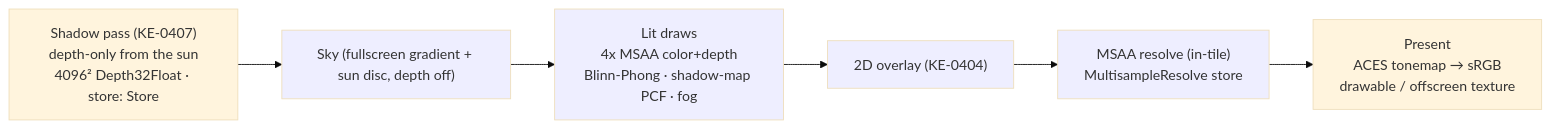
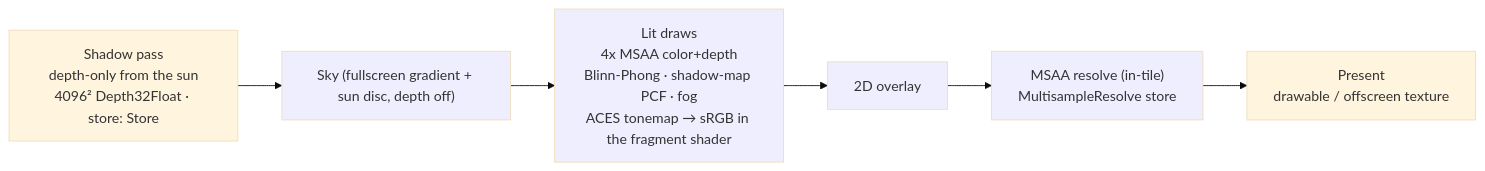
The tenth of 10 diagrams in docs/DESIGN.md (parsabee/KamanEngine), drawn with Mermaid (base theme) before and after one commit. The commit also changed other lines of this file and 14 other files, not shown here.

````diff
--- a/docs/DESIGN.md
+++ b/docs/DESIGN.md
@@ -372,11 +372,11 @@
 ```mermaid
 graph LR
-    S["Shadow pass (KE-0407)<br/>depth-only from the sun<br/>4096² Depth32Float · store: Store"] --> A
+    S["Shadow pass<br/>depth-only from the sun<br/>4096² Depth32Float · store: Store"] --> A
     A["Sky (fullscreen gradient + sun disc, depth off)"] --> B
-    B["Lit draws<br/>4x MSAA color+depth<br/>Blinn-Phong · shadow-map PCF · fog"] --> O
-    O["2D overlay (KE-0404)"] --> C
+    B["Lit draws<br/>4x MSAA color+depth<br/>Blinn-Phong · shadow-map PCF · fog<br/>ACES tonemap → sRGB in the fragment shader"] --> O
+    O["2D overlay"] --> C
     C["MSAA resolve (in-tile)<br/>MultisampleResolve store"] --> D
-    D["Present<br/>ACES tonemap → sRGB<br/>drawable / offscreen texture"]
+    D["Present<br/>drawable / offscreen texture"]
     classDef msaa fill:#eef;
     class A,B,O,C msaa;
 ```
````
